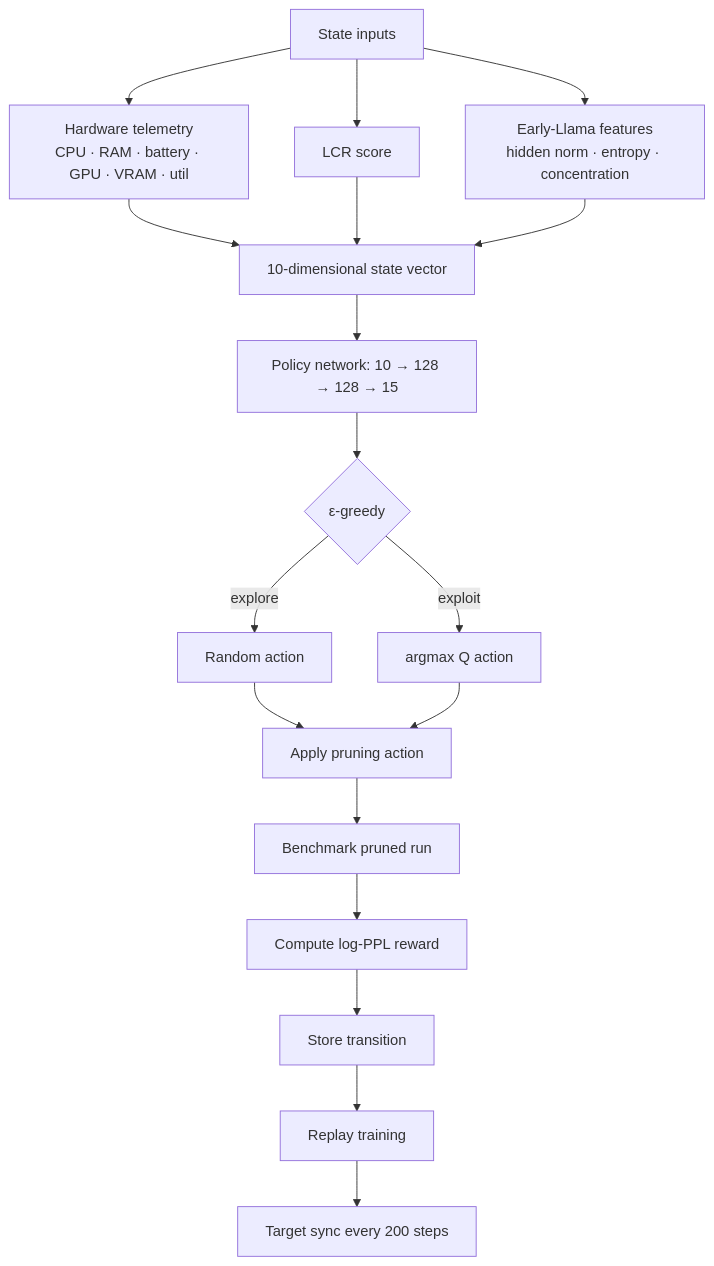
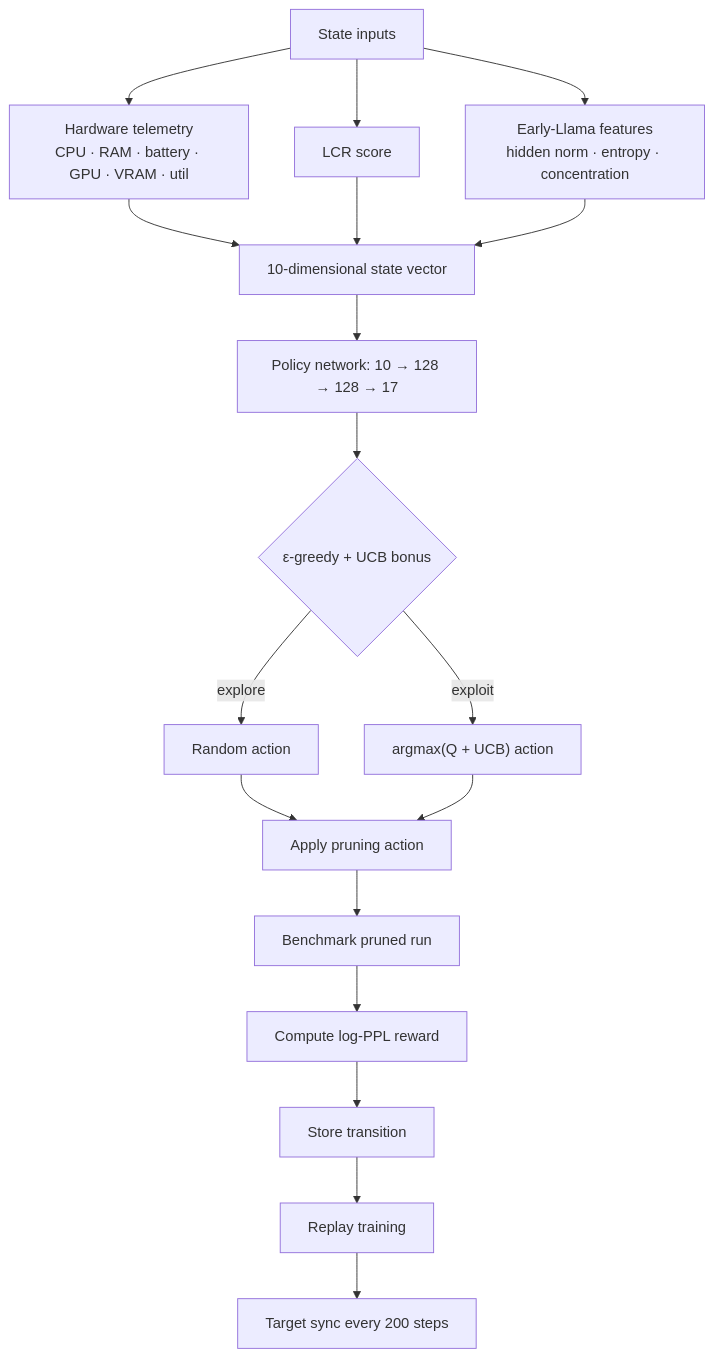
One commit to asief-iqbal/Thesis changed the third of 7 diagrams in README.md. Above: the diagram before and after it, drawn with Mermaid. The commit also changed other lines of this file and 1 other file, not shown here.

First line of the commit message:
Improve RL exploration, expand action space, fix optimization bugs

````diff
--- a/README.md
+++ b/README.md
@@ -244,20 +247,20 @@
 ```mermaid
 flowchart TD
     A[State inputs] --> B["Hardware telemetry<br/>CPU · RAM · battery · GPU · VRAM · util"]
     A --> C[LCR score]
     A --> D["Early-Llama features<br/>hidden norm · entropy · concentration"]
     B --> E["10-dimensional state vector"]
     C --> E
     D --> E
-    E --> F["Policy network: 10 → 128 → 128 → 15"]
-    F --> G{ε-greedy}
+    E --> F["Policy network: 10 → 128 → 128 → 17"]
+    F --> G{"ε-greedy + UCB bonus"}
     G -->|explore| H[Random action]
-    G -->|exploit| I[argmax Q action]
+    G -->|exploit| I["argmax(Q + UCB) action"]
     H --> J[Apply pruning action]
     I --> J
     J --> K[Benchmark pruned run]
     K --> L[Compute log-PPL reward]
     L --> M[Store transition]
     M --> N[Replay training]
     N --> O[Target sync every 200 steps]
 ```
````
